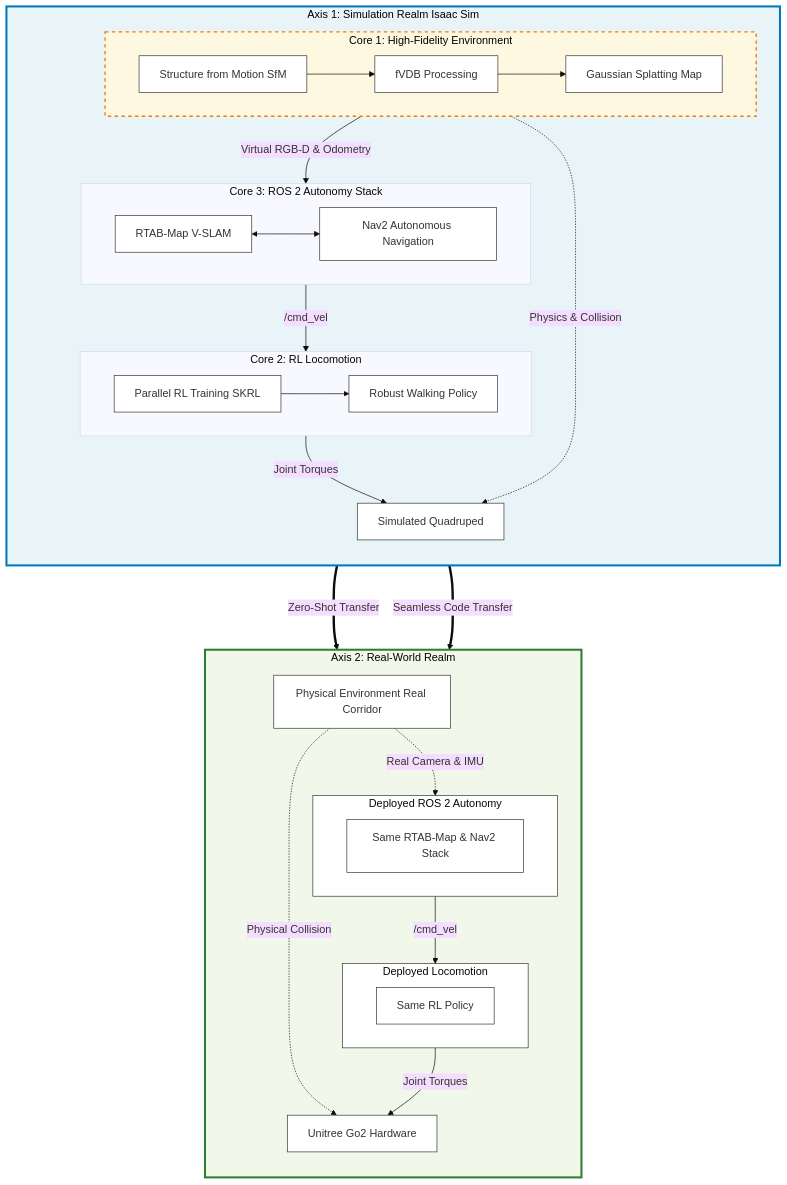
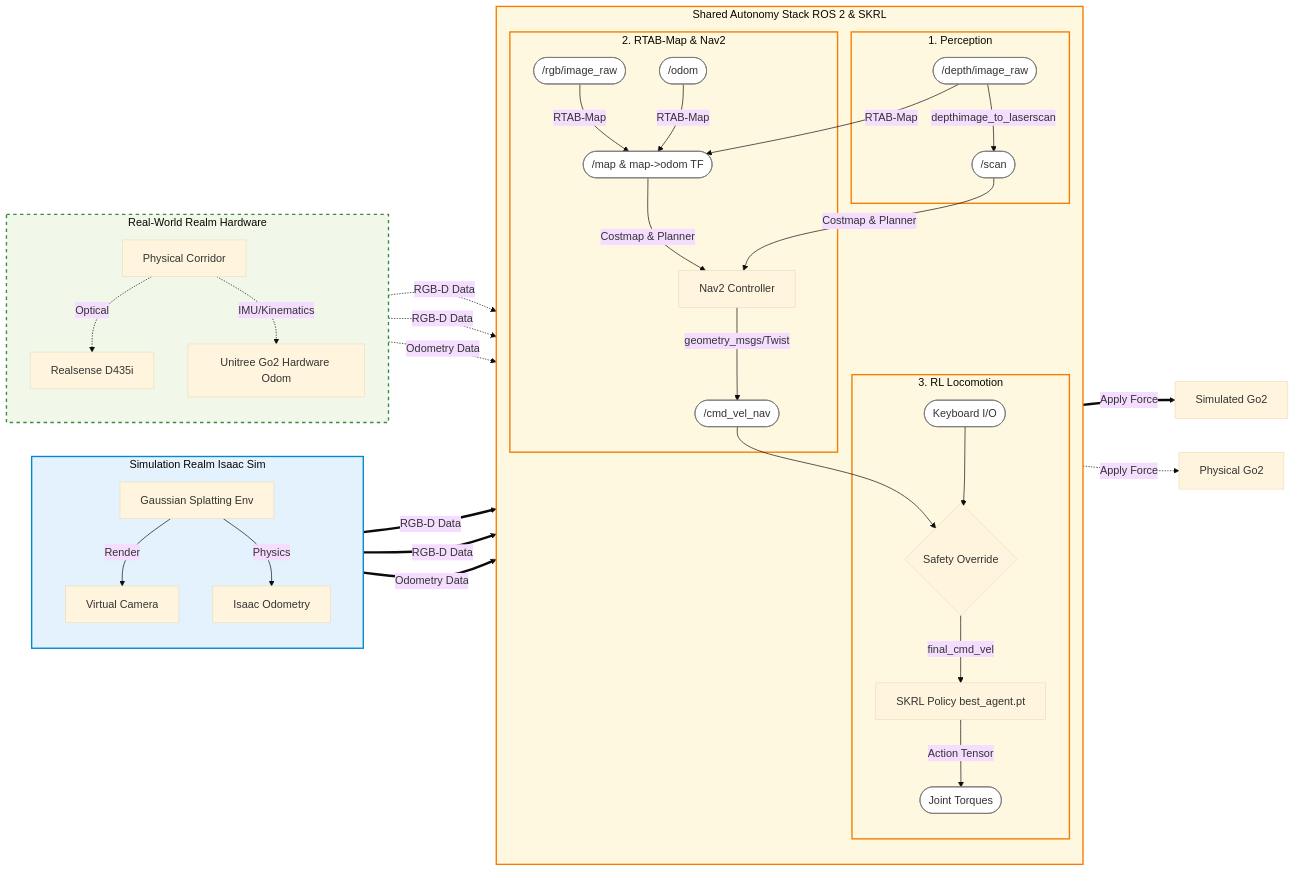
Before and after one commit to CGV-HGU/isaac-go2-ros2: the diagram in docs/architecture.md, drawn with Mermaid (base theme). The commit also changed other lines of this file, not shown here.

Commit message:
docs: redesign architecture diagram to LR flow emphasizing data I/O and add image placeholders

````diff
--- a/docs/architecture.md
+++ b/docs/architecture.md
@@ -9,70 +9,87 @@
 ```mermaid
-flowchart TB
+flowchart LR
     %% Styling
-    classDef simRealm fill:#e8f4f8,stroke:#0277bd,stroke-width:3px,color:#000;
-    classDef realRealm fill:#f1f8e9,stroke:#2e7d32,stroke-width:3px,color:#000;
-    classDef corePillar fill:#fff8e1,stroke:#f57c00,stroke-width:2px,color:#000,stroke-dasharray: 5 5;
-    classDef default fill:#ffffff,stroke:#333,stroke-width:1px;
+    classDef sim fill:#e3f2fd,stroke:#0288d1,stroke-width:2px;
+    classDef real fill:#f1f8e9,stroke:#388e3c,stroke-width:2px,stroke-dasharray: 5 5;
+    classDef core fill:#fff8e1,stroke:#f57c00,stroke-width:2px;
+    classDef topic fill:#ffffff,stroke:#757575,stroke-width:1px;
 
-    %% Axis 1: Simulation
-    subgraph Sim_Realm [Axis 1: Simulation Realm Isaac Sim]
+    %% ----------------------------------------------------
+    %% LEFT: SIMULATION REALM
+    %% ----------------------------------------------------
+    subgraph Sim_Realm [Simulation Realm Isaac Sim]
+        direction TB
+        SimEnv[Gaussian Splatting Env]
+        SimCam[Virtual Camera]
+        SimOdom[Isaac Odometry]
+        
+        SimEnv -->|Render| SimCam
+        SimEnv -->|Physics| SimOdom
+    end
+    class Sim_Realm sim;
+
+    %% ----------------------------------------------------
+    %% MIDDLE: SHARED CORE STACK (Zero-Code Transfer)
+    %% ----------------------------------------------------
+    subgraph Shared_Core [Shared Autonomy Stack ROS 2 & SKRL]
         direction TB
         
-        %% Pillar 1
-        subgraph Pillar1 [Core 1: High-Fidelity Environment]
-            direction LR
-            SfM[Structure from Motion SfM] --> fVDB[fVDB Processing]
-            fVDB --> GS[Gaussian Splatting Map]
+        %% Pillar 1: Perception
+        subgraph Perception [1. Perception]
+            Depth_Topic([/depth/image_raw]) --> |depthimage_to_laserscan| Scan_Topic([/scan])
         end
-        class Pillar1 corePillar
         
-        %% Pillar 2
-        subgraph Pillar2 [Core 2: RL Locomotion]
-            direction LR
-            Train[Parallel RL Training SKRL] --> Policy[Robust Walking Policy]
+        %% Pillar 2: SLAM & Navigation
+        subgraph Navigation [2. RTAB-Map & Nav2]
+            RGB_Topic([/rgb/image_raw])
+            Odom_Topic([/odom])
+            
+            RGB_Topic & Depth_Topic & Odom_Topic --> |RTAB-Map| Map_Topic([/map & map->odom TF])
+            Map_Topic & Scan_Topic --> |Costmap & Planner| Nav2[Nav2 Controller]
+            Nav2 --> |geometry_msgs/Twist| Cmd_Vel([/cmd_vel_nav])
         end
-        class Pillar2 corePillar
 
-        %% Pillar 3
-        subgraph Pillar3 [Core 3: ROS 2 Autonomy Stack]
-            direction LR
-            SLAM[RTAB-Map V-SLAM] <--> Nav[Nav2 Autonomous Navigation]
+        %% Pillar 3: Locomotion
+        subgraph Locomotion [3. RL Locomotion]
+            Cmd_Vel --> Override{Safety Override}
+            Keyboard([Keyboard I/O]) --> Override
+            Override --> |final_cmd_vel| Policy[SKRL Policy best_agent.pt]
+            Policy --> |Action Tensor| Torques([Joint Torques])
         end
-        class Pillar3 corePillar
+    end
+    class Shared_Core,Perception,Navigation,Locomotion core;
+    class Depth_Topic,Scan_Topic,RGB_Topic,Odom_Topic,Map_Topic,Cmd_Vel,Keyboard,Torques topic;
 
-        %% Connections within Sim
-        GS --> |"Virtual RGB-D & Odometry"| Pillar3
-        Pillar3 --> |"/cmd_vel"| Pillar2
-        Pillar2 --> |"Joint Torques"| SimRobot[Simulated Quadruped]
-        GS -.-> |"Physics & Collision"| SimRobot
+    %% ----------------------------------------------------
+    %% RIGHT: REAL-WORLD REALM
+    %% ----------------------------------------------------
+    subgraph Real_Realm [Real-World Realm Hardware]
+        direction TB
+        RealEnv[Physical Corridor]
+        RealCam[Realsense D435i]
+        RealOdom[Unitree Go2 Hardware Odom]
+        
+        RealEnv -.->|Optical| RealCam
+        RealEnv -.->|IMU/Kinematics| RealOdom
     end
-    class Sim_Realm simRealm
+    class Real_Realm real;
 
-    %% Sim-to-Real Transfer Arrows
-    Pillar2 ===>|"Zero-Shot Transfer"| Policy_Real
-    Pillar3 ===>|"Seamless Code Transfer"| Autonomy_Real
+    %% ----------------------------------------------------
+    %% CONNECTIONS (Input / Output mapping)
+    %% ----------------------------------------------------
+    
+    %% Sim Inputs to Core
+    SimCam ==>|RGB-D Data| Depth_Topic
+    SimCam ==>|RGB-D Data| RGB_Topic
+    SimOdom ==>|Odometry Data| Odom_Topic
+    
+    %% Real Inputs to Core (Future)
+    RealCam -.->|RGB-D Data| Depth_Topic
+    RealCam -.->|RGB-D Data| RGB_Topic
+    RealOdom -.->|Odometry Data| Odom_Topic
 
-    %% Axis 2: Real-World
-    subgraph Real_Realm [Axis 2: Real-World Realm]
-        direction TB
-        
-        RealEnv[Physical Environment Real Corridor] -.-> |"Real Camera & IMU"| Autonomy_Real
-        
-        subgraph RealAutonomy [Deployed ROS 2 Autonomy]
-            direction LR
-            Autonomy_Real[Same RTAB-Map & Nav2 Stack]
-        end
-        class RealAutonomy default
-        
-        subgraph RealPolicy [Deployed Locomotion]
-            direction LR
-            Policy_Real[Same RL Policy]
-        end
-        class RealPolicy default
-        
-        Autonomy_Real --> |"/cmd_vel"| Policy_Real
-        Policy_Real --> |"Joint Torques"| RealRobot[Unitree Go2 Hardware]
-        RealEnv -.-> |"Physical Collision"| RealRobot
-    end
-    class Real_Realm realRealm
+    %% Core Outputs to Physical Bodies
+    Torques ==>|Apply Force| SimRobot[Simulated Go2]
+    Torques -.->|Apply Force| RealRobot[Physical Go2]
+
 ```
````
